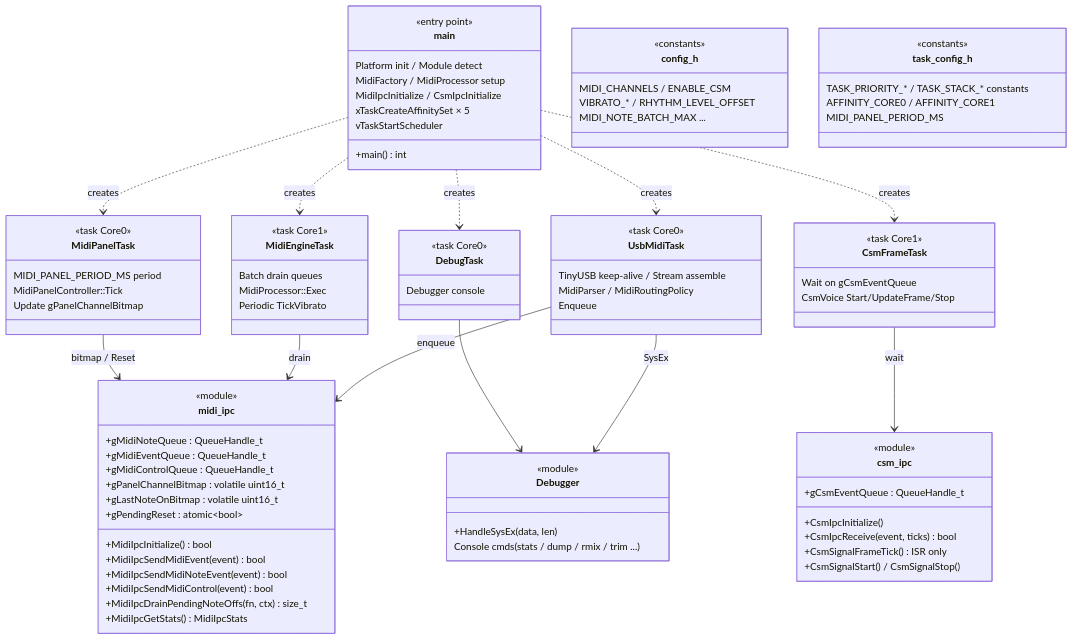
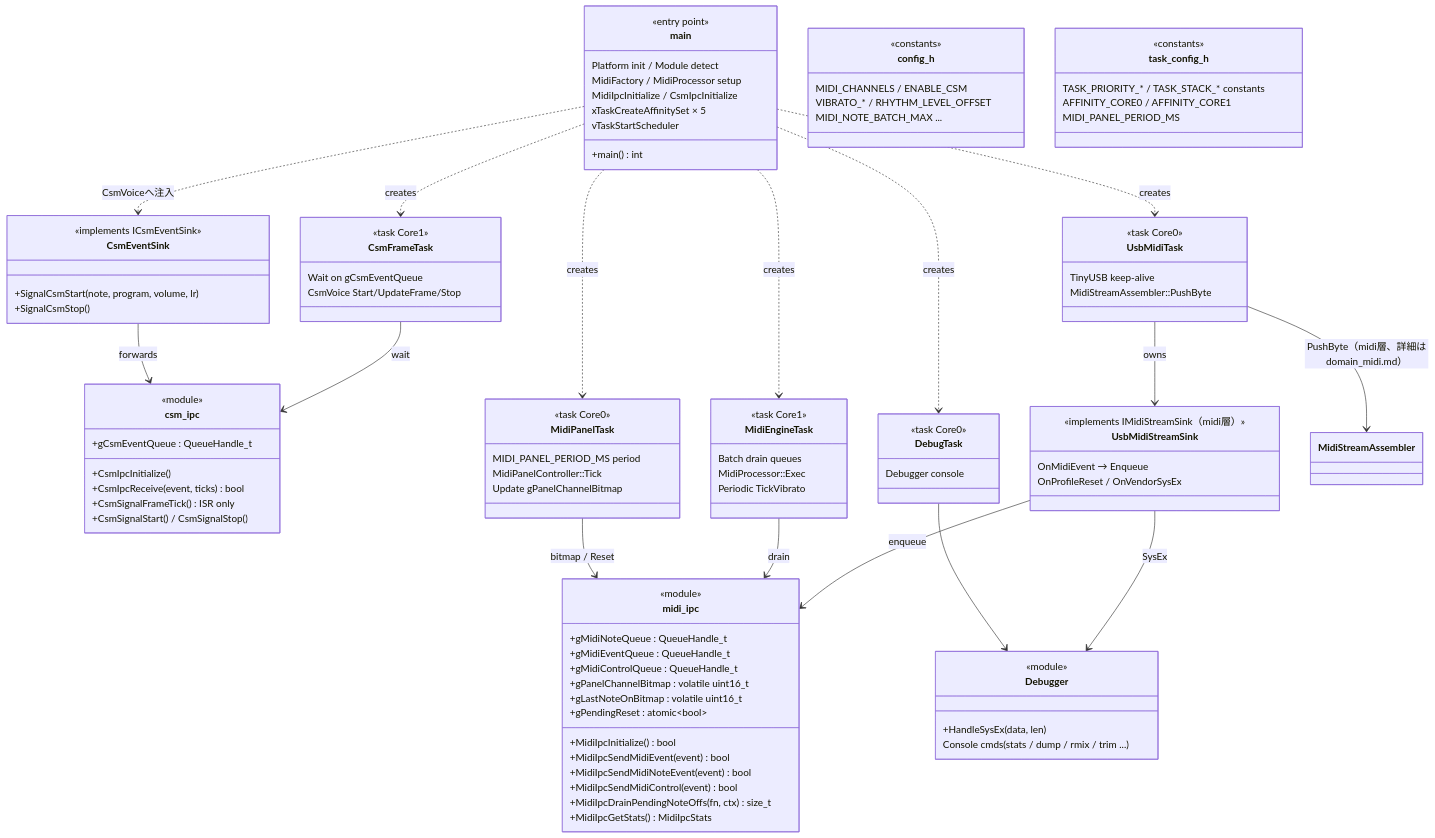
The diagram in doc/domain/domain_app.md (46nori/FMSynthEnsembleV3), drawn with Mermaid before and after one commit. The commit also changed other lines of this file and 42 other files, not shown here.

````diff
--- a/doc/domain/domain_app.md
+++ b/doc/domain/domain_app.md
@@ -45,11 +45,22 @@
         +CsmSignalStart() / CsmSignalStop()
     }
 
+    class CsmEventSink {
+        <<implements ICsmEventSink>>
+        +SignalCsmStart(note, program, volume, lr)
+        +SignalCsmStop()
+    }
+
     class UsbMidiTask {
         <<task Core0>>
-        TinyUSB keep-alive / Stream assemble
-        MidiParser / MidiRoutingPolicy
-        Enqueue
+        TinyUSB keep-alive
+        MidiStreamAssembler::PushByte
+    }
+
+    class UsbMidiStreamSink {
+        <<implements IMidiStreamSink（midi層）>>
+        OnMidiEvent → Enqueue
+        OnProfileReset / OnVendorSysEx
     }
 
     class MidiEngineTask {
@@ -102,10 +113,14 @@
     main ..> MidiPanelTask : creates
     main ..> CsmFrameTask : creates
     main ..> DebugTask : creates
-    UsbMidiTask --> midi_ipc : enqueue
+    UsbMidiTask --> UsbMidiStreamSink : owns
+    UsbMidiTask --> MidiStreamAssembler : PushByte（midi層、詳細はdomain_midi.md）
+    UsbMidiStreamSink --> midi_ipc : enqueue
     MidiEngineTask --> midi_ipc : drain
     MidiPanelTask --> midi_ipc : bitmap / Reset
     CsmFrameTask --> csm_ipc : wait
-    UsbMidiTask --> Debugger : SysEx
+    CsmEventSink --> csm_ipc : forwards
+    main ..> CsmEventSink : CsmVoiceへ注入
+    UsbMidiStreamSink --> Debugger : SysEx
     DebugTask --> Debugger
 ```
````
